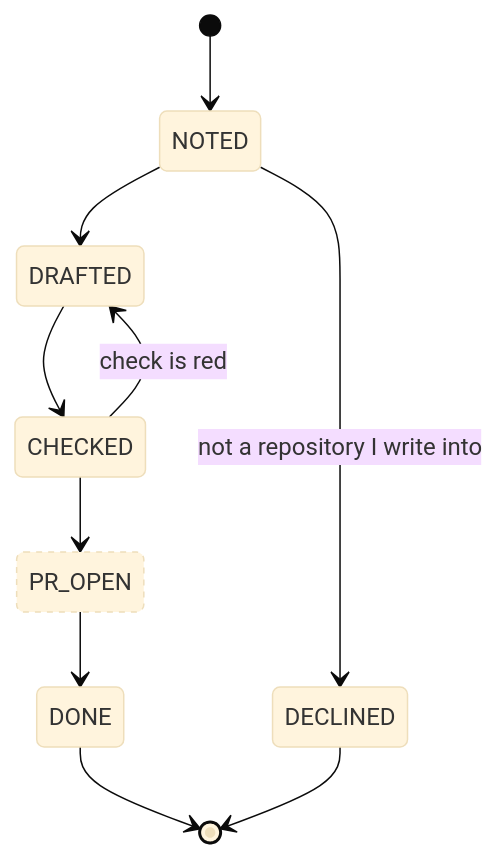
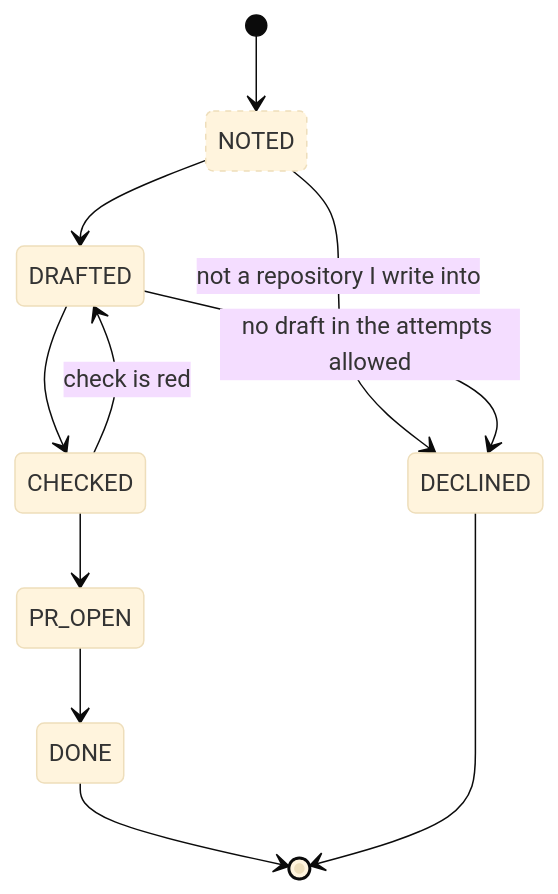
The diagram in plans/a-workflow-is-a-mermaid-diagram.md (nicolasmelo1/amy), drawn with Mermaid (base theme) before and after one commit. The commit also changed other lines of this file and 9 other files, not shown here.

First line of the commit message:
docs(plans): answer the review of the Mermaid plans

````diff
--- a/plans/a-workflow-is-a-mermaid-diagram.md
+++ b/plans/a-workflow-is-a-mermaid-diagram.md
@@ -44,16 +44,17 @@
 ```mermaid
 stateDiagram-v2
     classDef waiting stroke-dasharray: 4 4
 
     [*] --> NOTED
     NOTED --> DECLINED: not a repository I write into
     NOTED --> DRAFTED
     DRAFTED --> CHECKED
+    DRAFTED --> DECLINED: no draft in the attempts allowed
     CHECKED --> DRAFTED: check is red
     CHECKED --> PR_OPEN
     PR_OPEN --> DONE
     DONE --> [*]
     DECLINED --> [*]
 
-    class PR_OPEN waiting
+    class NOTED waiting
 ```
````
